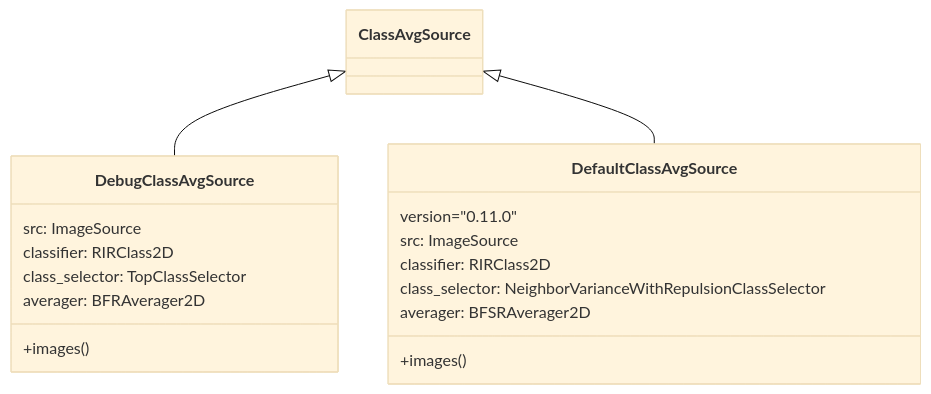
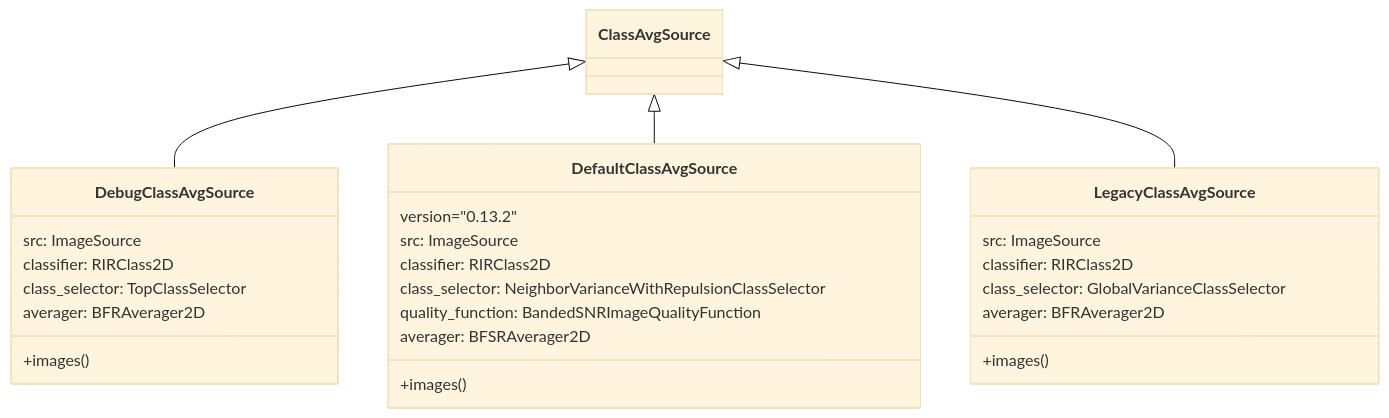
The second of 7 diagrams in docs/source/class_source.rst (ComputationalCryoEM/ASPIRE-Python), drawn with Mermaid (base theme) before and after one commit. The commit also changed other lines of this file and 7 other files, not shown here.

Commit message:
add GlobalVarianceClassSelector and update docs for Legacy

```diff
--- a/docs/source/class_source.rst
+++ b/docs/source/class_source.rst
@@ -59,20 +59,29 @@
 .. mermaid::
 
    classDiagram
       ClassAvgSource <|-- DebugClassAvgSource
       ClassAvgSource <|-- DefaultClassAvgSource
+      ClassAvgSource <|-- LegacyClassAvgSource
       class DebugClassAvgSource{
 	 src: ImageSource
 	 classifier: RIRClass2D
 	 class_selector: TopClassSelector
 	 averager: BFRAverager2D
 	 +images()
       }
+      class LegacyClassAvgSource{
+	 src: ImageSource
+	 classifier: RIRClass2D
+	 class_selector: GlobalVarianceClassSelector
+	 averager: BFRAverager2D
+	 +images()
+      }
       class DefaultClassAvgSource{
-	 version="0.11.0"
+	 version="0.13.2"
 	 src: ImageSource
 	 classifier: RIRClass2D
 	 class_selector: NeighborVarianceWithRepulsionClassSelector
+	 quality_function: BandedSNRImageQualityFunction
 	 averager: BFSRAverager2D
 	 +images()
       }
```
